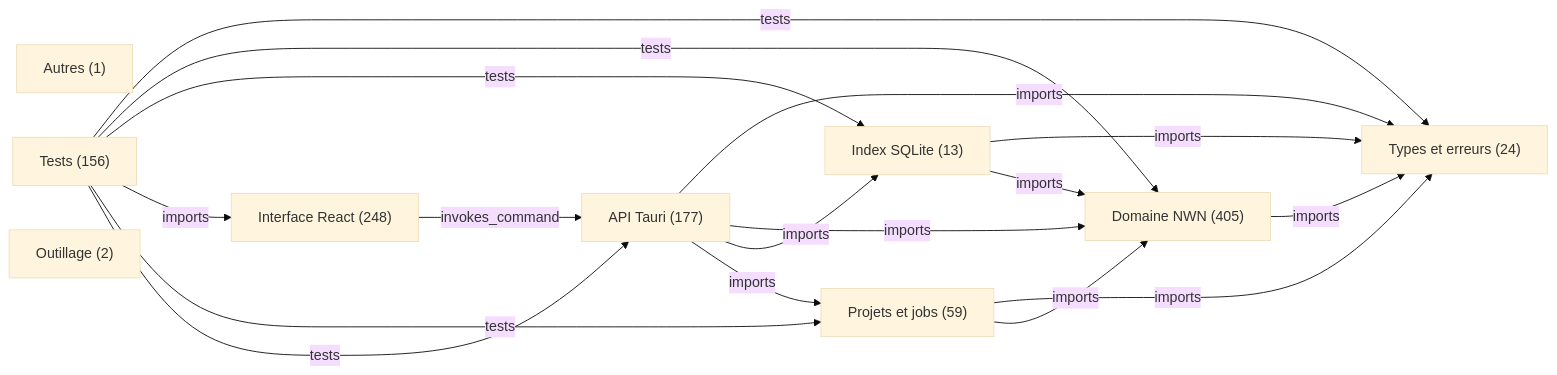
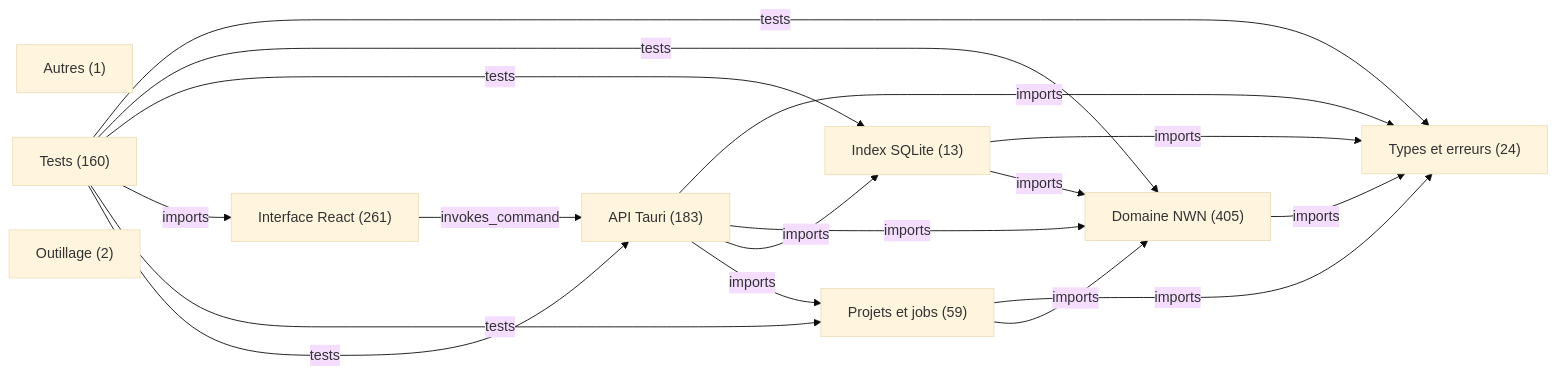
Before and after one commit to Karenax/OpenNever_Forge: the diagram in docs/architecture/overview.mmd, drawn with Mermaid (base theme). The commit also changed 24 other files, not shown here.

```diff
--- a/docs/architecture/overview.mmd
+++ b/docs/architecture/overview.mmd
@@ -1,26 +1,26 @@
 flowchart LR
   layer_0["Types et erreurs (24)"]
   layer_1["Domaine NWN (405)"]
   layer_2["Index SQLite (13)"]
-  layer_3["Interface React (248)"]
+  layer_3["Interface React (261)"]
   layer_4["Autres (1)"]
   layer_5["Projets et jobs (59)"]
-  layer_6["API Tauri (177)"]
-  layer_7["Tests (156)"]
+  layer_6["API Tauri (183)"]
+  layer_7["Tests (160)"]
   layer_8["Outillage (2)"]
   layer_1 -->|"imports"| layer_0
   layer_2 -->|"imports"| layer_0
   layer_2 -->|"imports"| layer_1
   layer_3 -->|"invokes_command"| layer_6
   layer_5 -->|"imports"| layer_0
   layer_5 -->|"imports"| layer_1
   layer_6 -->|"imports"| layer_0
   layer_6 -->|"imports"| layer_1
   layer_6 -->|"imports"| layer_2
   layer_6 -->|"imports"| layer_5
   layer_7 -->|"tests"| layer_0
   layer_7 -->|"tests"| layer_1
   layer_7 -->|"tests"| layer_2
   layer_7 -->|"imports"| layer_3
   layer_7 -->|"tests"| layer_5
   layer_7 -->|"tests"| layer_6
```
